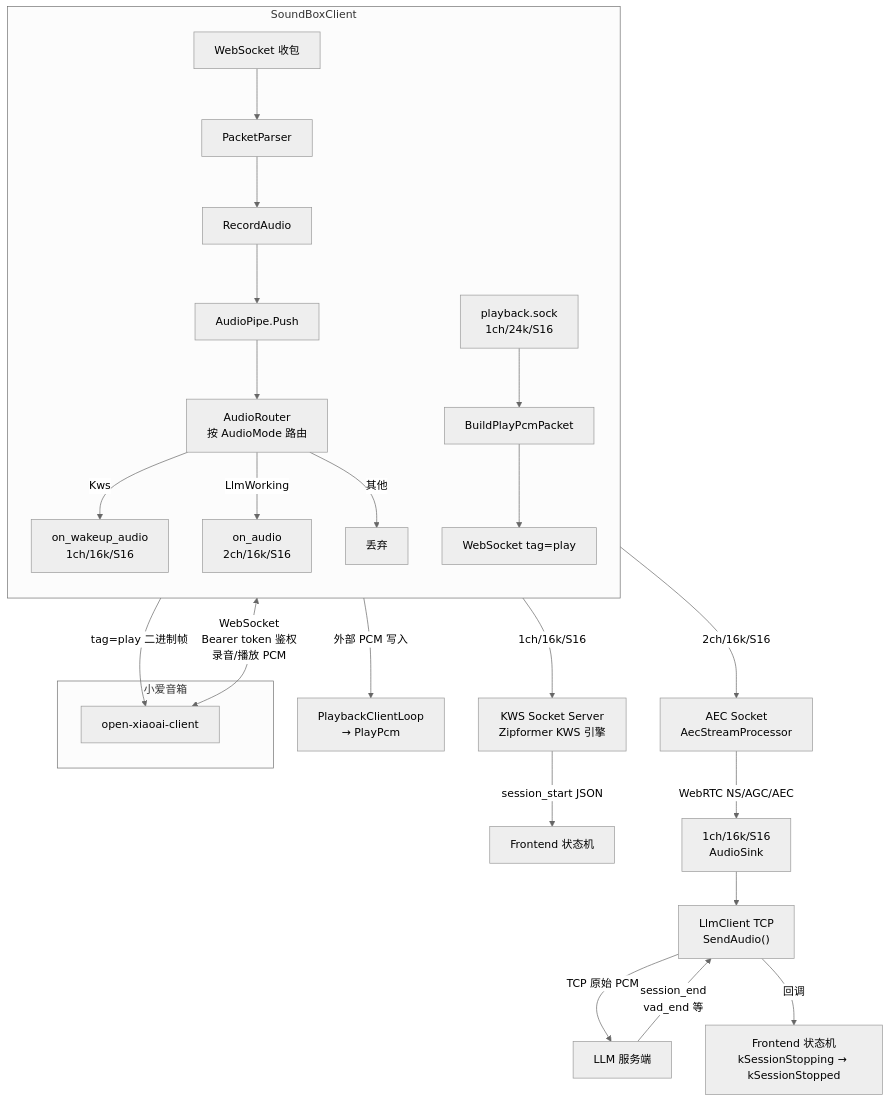
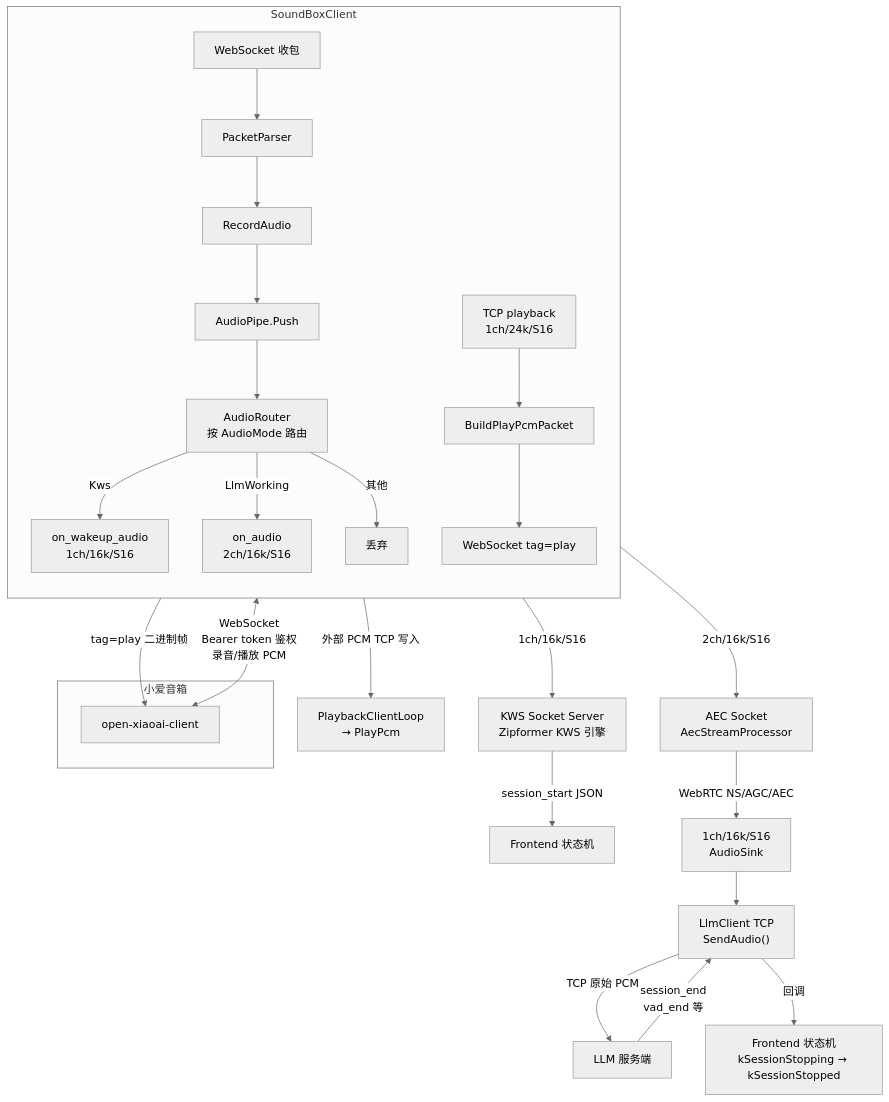
Before and after one commit to hengwu0/soundbox-server: the fifth of 5 diagrams in README.md, drawn with Mermaid (neutral theme). The commit also changed other lines of this file and 7 other files, not shown here.

````diff
--- a/README.md
+++ b/README.md
@@ -162,35 +162,35 @@
 ```mermaid
 flowchart TD
     subgraph xiaoai["小爱音箱"]
         OXA["open-xiaoai-client"]
     end
 
     subgraph client["SoundBoxClient"]
         direction TB
         WSIN["WebSocket 收包"] --> PP["PacketParser"]
         PP --> RA["RecordAudio"]
         RA --> AP["AudioPipe.Push"]
         AP --> AR["AudioRouter<br/>按 AudioMode 路由"]
         AR --> |"Kws"| OWA["on_wakeup_audio<br/>1ch/16k/S16"]
         AR --> |"LlmWorking"| OA["on_audio<br/>2ch/16k/S16"]
         AR --> |"其他"| DROP["丢弃"]
-        PLAYIN["playback.sock<br/>1ch/24k/S16"] --> BPP["BuildPlayPcmPacket"]
+        PLAYIN["TCP playback<br/>1ch/24k/S16"] --> BPP["BuildPlayPcmPacket"]
         BPP --> WSOUT["WebSocket tag=play"]
     end
 
     OXA <--> |"WebSocket<br/>Bearer token 鉴权<br/>录音/播放 PCM"| WSIN
     WSOUT --> |"tag=play 二进制帧"| OXA
 
     OWA --> |"1ch/16k/S16"| KWSS["KWS Socket Server<br/>Zipformer KWS 引擎"]
     KWSS --> |"session_start JSON"| FSM["Frontend 状态机"]
 
     OA --> |"2ch/16k/S16"| AECS["AEC Socket<br/>AecStreamProcessor"]
     AECS --> |"WebRTC NS/AGC/AEC"| AECOUT["1ch/16k/S16<br/>AudioSink"]
 
     AECOUT --> LLMC["LlmClient TCP<br/>SendAudio()"]
     LLMC --> |"TCP 原始 PCM"| LLMS["LLM 服务端"]
     LLMS --> |"session_end<br/>vad_end 等"| LLMC
     LLMC --> |"回调"| FSM2["Frontend 状态机<br/>kSessionStopping → kSessionStopped"]
 
-    PLAYIN --> |"外部 PCM 写入"| PCLIENT["PlaybackClientLoop<br/>→ PlayPcm"]
+    PLAYIN --> |"外部 PCM TCP 写入"| PCLIENT["PlaybackClientLoop<br/>→ PlayPcm"]
 ```
````
